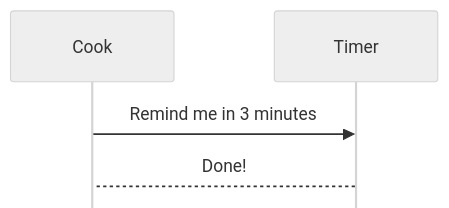
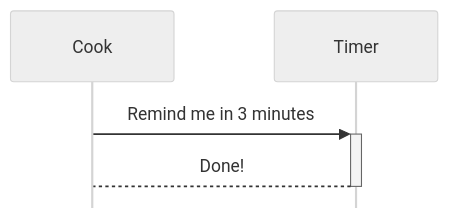
One commit to bunkean/My-Noteshub changed the diagram in Tracking.md. Above: the diagram before and after it, drawn with Mermaid (neutral theme).

Commit message:
create/update 'Tracking.md' file

````diff
--- a/Tracking.md
+++ b/Tracking.md
@@ -2,9 +2,9 @@
 ```mermaid
 %%{init:{
 "sequence":{"mirrorActors":false}
 }}%%
 sequenceDiagram
-Cook ->> Timer : Remind me in 3 minutes
-Timer --> Cook : Done!
+Cook ->>+ Timer : Remind me in 3 minutes
+Timer -->- Cook : Done!
 
 ```
````
